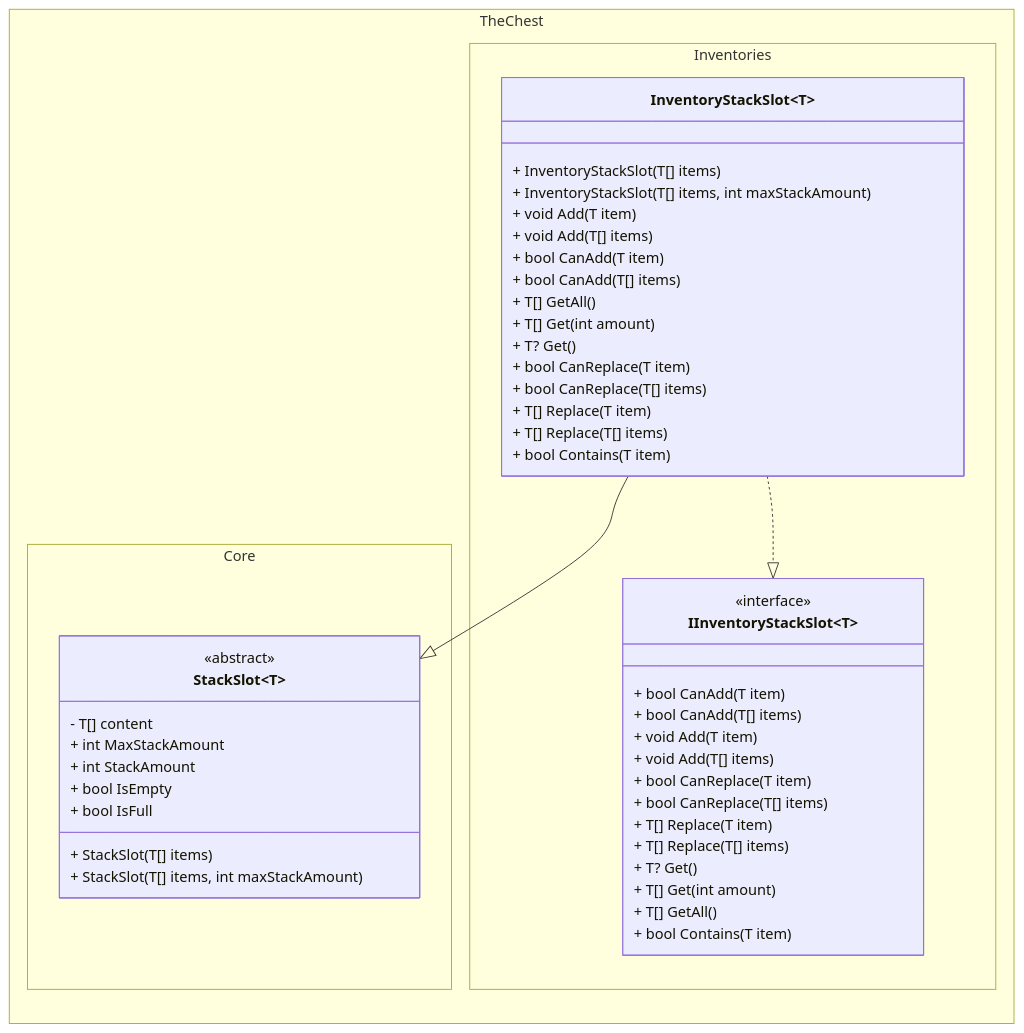
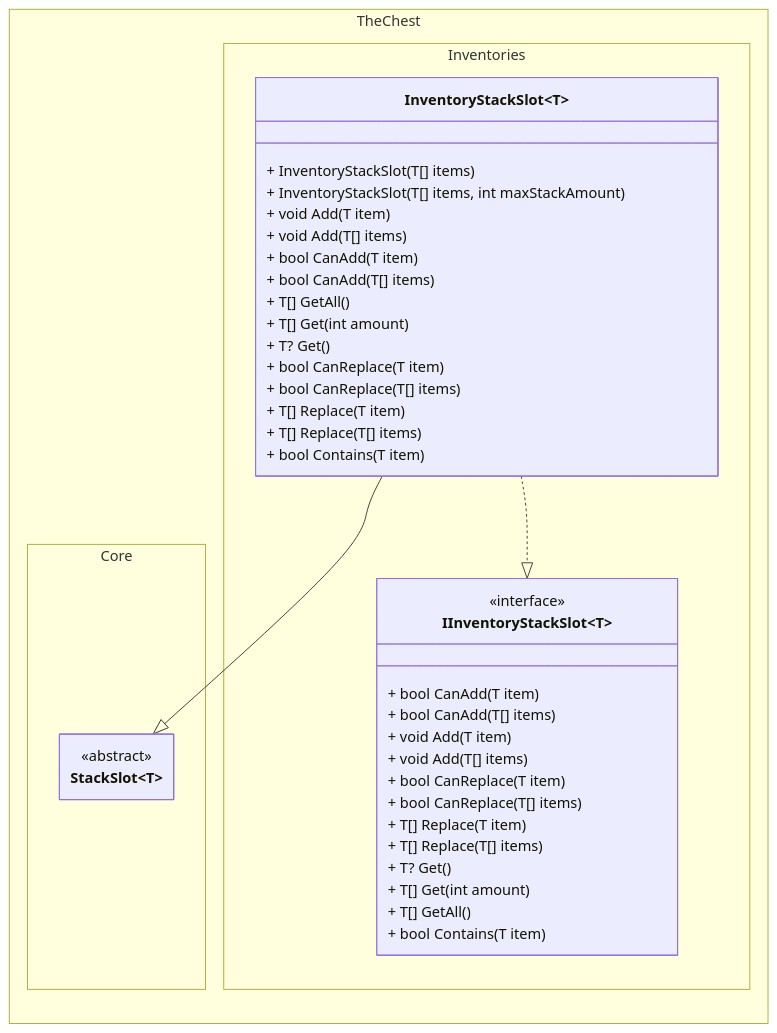
Before and after one commit to The-Chest/TheChest.Inventories: the second of 2 diagrams in docs/stack_inventory/class_diagram.md, drawn with Mermaid. The commit also changed other lines of this file and 20 other files, not shown here.

````diff
--- a/docs/stack_inventory/class_diagram.md
+++ b/docs/stack_inventory/class_diagram.md
@@ -84,62 +90,55 @@
 ```mermaid
 ---
 config:
   theme: mc
   look: classic
   class:
     hideEmptyMembersBox: true
 ---
 classDiagram
 direction BT
 
 namespace TheChest.Core {
     class StackSlot~T~ {
-        - T[] content
-        + int MaxStackAmount
-        + int StackAmount
-        + bool IsEmpty
-        + bool IsFull
-        + StackSlot(T[] items)
-        + StackSlot(T[] items, int maxStackAmount)
     }
 }
 <<abstract>> StackSlot
 
 namespace TheChest.Inventories {
     class IInventoryStackSlot~T~ {
         + bool CanAdd(T item)
         + bool CanAdd(T[] items)
         + void Add(T item)
         + void Add(T[] items)
         + bool CanReplace(T item)
         + bool CanReplace(T[] items)
         + T[] Replace(T item)
         + T[] Replace(T[] items)
         + T? Get()
         + T[] Get(int amount)
         + T[] GetAll()
         + bool Contains(T item)
     }
 
     class InventoryStackSlot~T~ {
         + InventoryStackSlot(T[] items)
         + InventoryStackSlot(T[] items, int maxStackAmount)
         + void Add(T item)
         + void Add(T[] items)
         + bool CanAdd(T item)
         + bool CanAdd(T[] items)
         + T[] GetAll()
         + T[] Get(int amount)
         + T? Get()
         + bool CanReplace(T item)
         + bool CanReplace(T[] items)
         + T[] Replace(T item)
         + T[] Replace(T[] items)
         + bool Contains(T item)
     }
 }
 
 <<interface>> IInventoryStackSlot
 InventoryStackSlot~T~ --|>  StackSlot~T~
 InventoryStackSlot~T~ ..|> IInventoryStackSlot~T~ 
 ```
````
